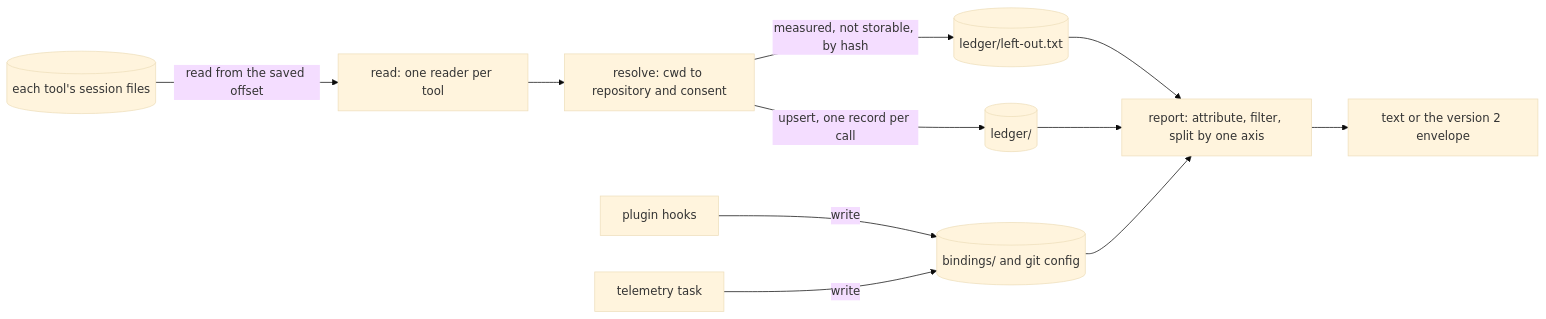
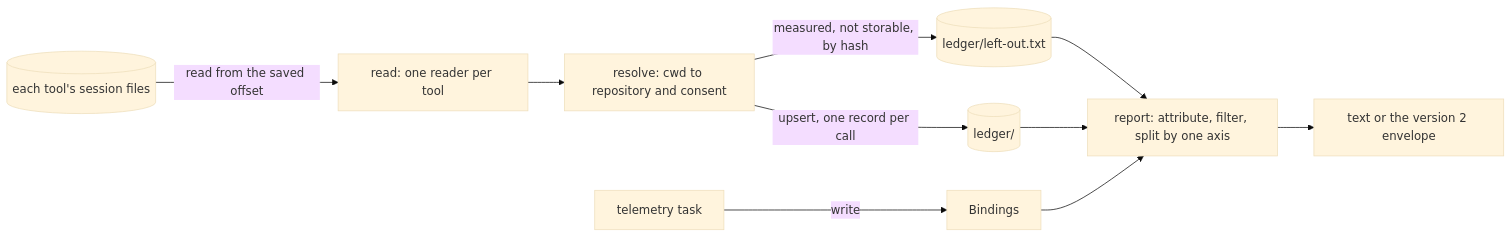
Before and after one commit to ai-driven-dev/framework: the diagram in aidd_docs/memory/internal/cli/telemetry.md, drawn with Mermaid (base theme). The commit also changed other lines of this file, not shown here.

````diff
--- a/aidd_docs/memory/internal/cli/telemetry.md
+++ b/aidd_docs/memory/internal/cli/telemetry.md
@@ -17,13 +17,12 @@
 ```mermaid
 flowchart LR
     Files[("each tool's session files")] -->|read from the saved offset| Reader["read: one reader per tool"]
     Reader --> Resolver["resolve: cwd to repository and consent"]
     Resolver -->|upsert, one record per call| Ledger[("ledger/")]
     Resolver -->|measured, not storable, by hash| Left[("ledger/left-out.txt")]
     Left --> Report
-    Hooks["plugin hooks"] -->|write| Bindings[("bindings/ and git config")]
     Task["telemetry task"] -->|write| Bindings
     Ledger --> Report["report: attribute, filter, split by one axis"]
     Bindings --> Report
     Report --> Out["text or the version 2 envelope"]
 ```
````
